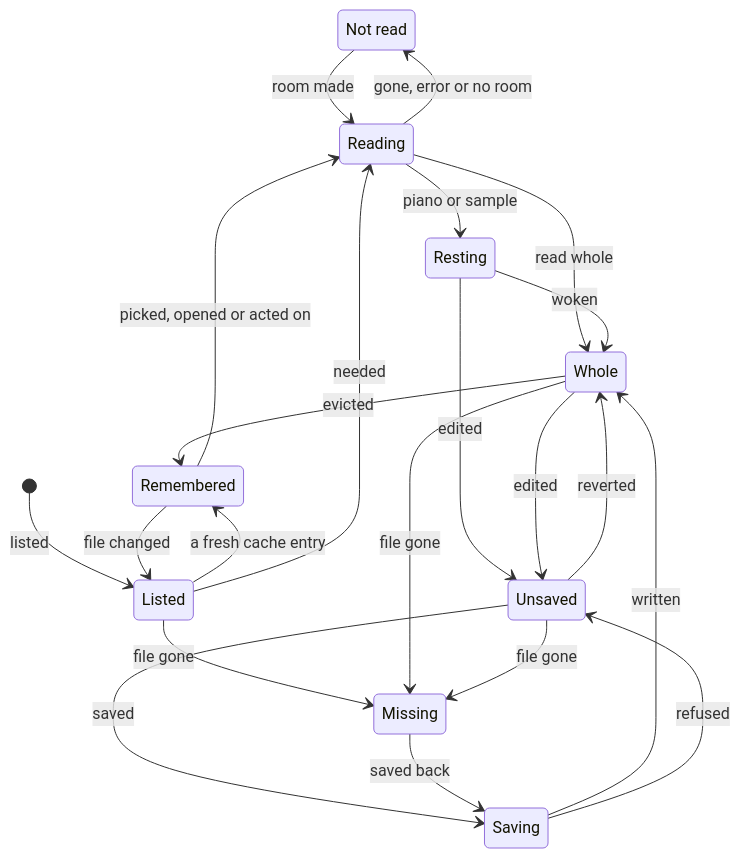
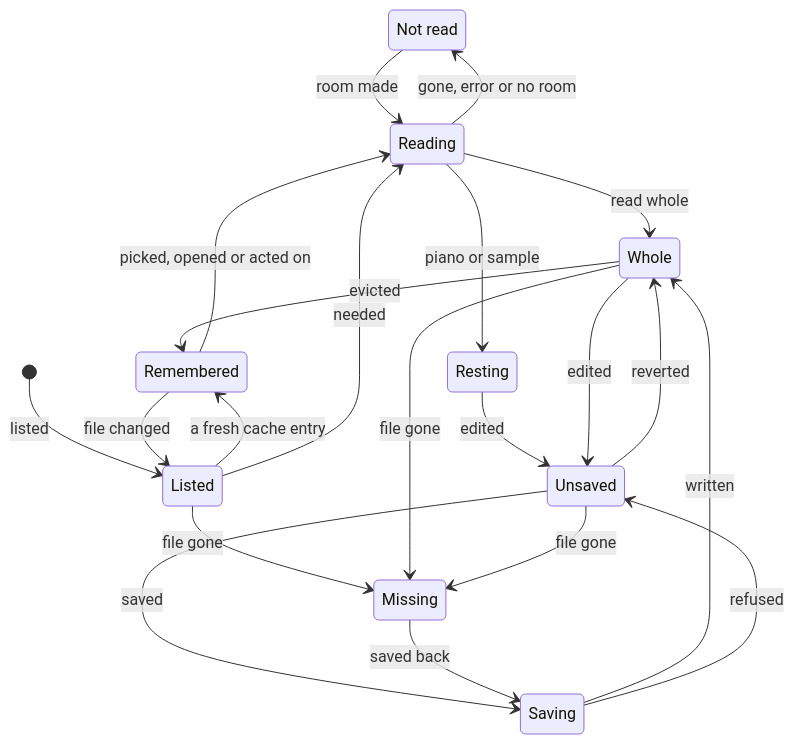
The second of 6 diagrams in docs/src/reference/data-model.md (jmoo/drawbar), drawn with Mermaid before and after one commit. The commit also changed 3 other files, not shown here.

````diff
--- a/docs/src/reference/data-model.md
+++ b/docs/src/reference/data-model.md
@@ -192,25 +192,24 @@
 ```mermaid
 stateDiagram-v2
     state "Not read" as NotRead
     [*] --> Listed: listed
     Listed --> Remembered: a fresh cache entry
     Listed --> Reading: needed
     Remembered --> Reading: picked, opened or acted on
     Remembered --> Listed: file changed
     Reading --> Whole: read whole
     Reading --> Resting: piano or sample
     Reading --> NotRead: gone, error or no room
     NotRead --> Reading: room made
-    Resting --> Whole: woken
     Resting --> Unsaved: edited
     Whole --> Unsaved: edited
     Whole --> Remembered: evicted
     Unsaved --> Whole: reverted
     Unsaved --> Saving: saved
     Saving --> Whole: written
     Saving --> Unsaved: refused
     Listed --> Missing: file gone
     Whole --> Missing: file gone
     Unsaved --> Missing: file gone
     Missing --> Saving: saved back
 ```
````
